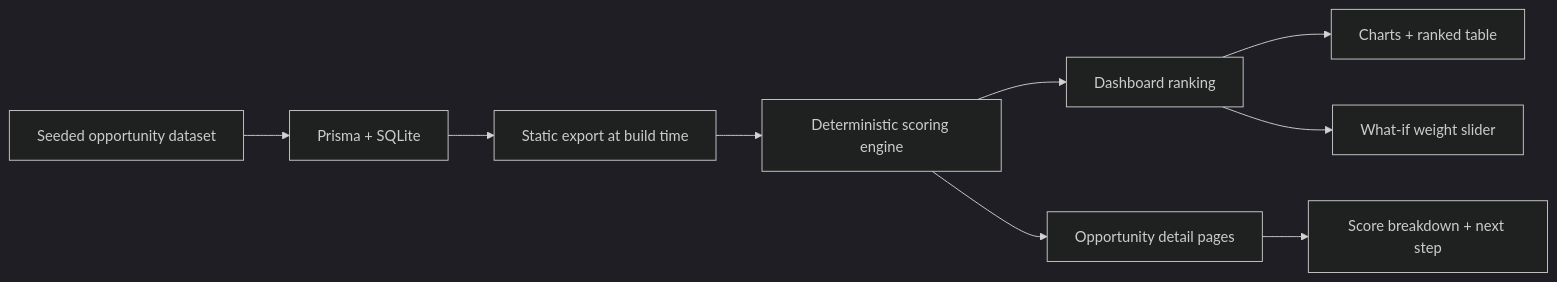
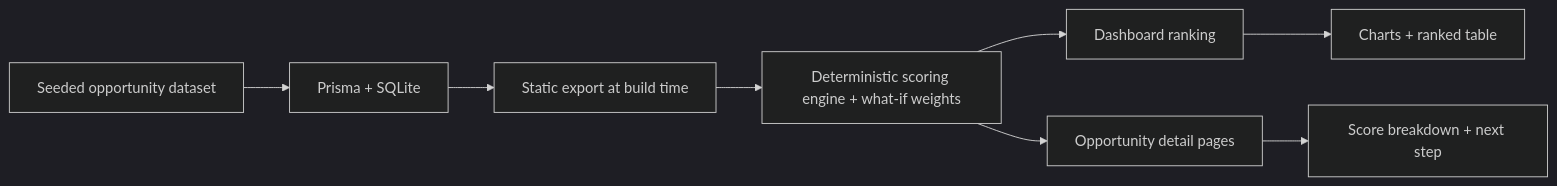
Before and after one commit to branqon/automation-opportunity-scorer: the diagram in README.md, drawn with Mermaid (dark theme). The commit also changed other lines of this file and 20 other files, not shown here.

First line of the commit message:
feat: add URL persistence for what-if weights, refine docs and tests

````diff
--- a/README.md
+++ b/README.md
@@ -38,11 +43,10 @@
 ```mermaid
 flowchart LR
     A[Seeded opportunity dataset] --> B[Prisma + SQLite]
     B --> C[Static export at build time]
-    C --> D[Deterministic scoring engine]
+    C --> D[Deterministic scoring engine + what-if weights]
     D --> E[Dashboard ranking]
     D --> F[Opportunity detail pages]
     E --> G[Charts + ranked table]
-    E --> I[What-if weight slider]
     F --> H[Score breakdown + next step]
 ```
````
